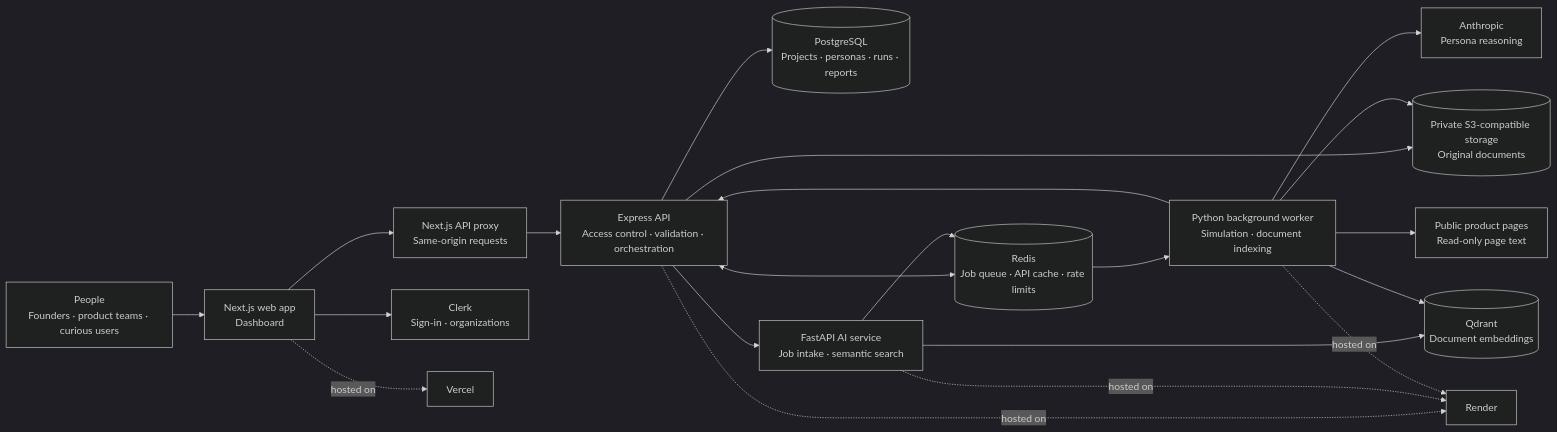
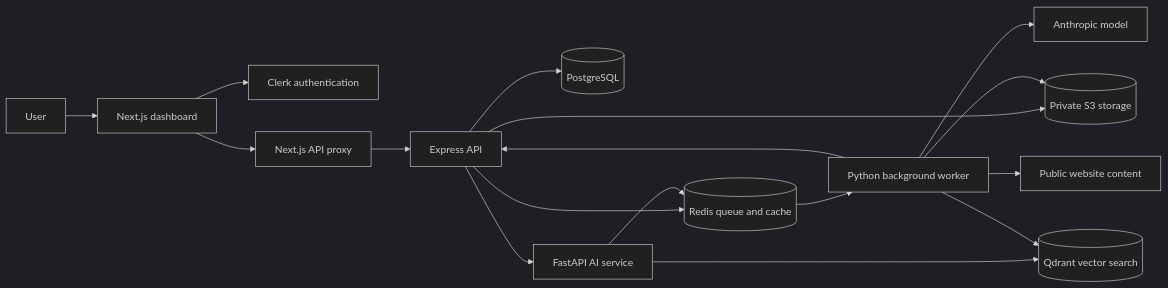
The first of 3 diagrams in README.md (harshmriduhash/shadow-test), drawn with Mermaid (dark theme) before and after one commit. The commit also changed other lines of this file, not shown here.

First line of the commit message:
Fix README architecture headings and LLD diagrams

````diff
--- a/README.md
+++ b/README.md
@@ -110,39 +111,19 @@
 ```mermaid
 flowchart LR
-    Person["People<br/>Founders · product teams · curious users"]
-    Web["Next.js web app<br/>Dashboard"]
-    Proxy["Next.js API proxy<br/>Same-origin requests"]
-    Auth["Clerk<br/>Sign-in · organizations"]
-    API["Express API<br/>Access control · validation · orchestration"]
-    DB[("PostgreSQL<br/>Projects · personas · runs · reports")]
-    Redis[("Redis<br/>Job queue · API cache · rate limits")]
-    AIService["FastAPI AI service<br/>Job intake · semantic search"]
-    Worker["Python background worker<br/>Simulation · document indexing"]
-    AI["Anthropic<br/>Persona reasoning"]
-    Site["Public product pages<br/>Read-only page text"]
-    S3[("Private S3-compatible storage<br/>Original documents")]
-    Vector[("Qdrant<br/>Document embeddings")]
-    Vercel["Vercel"]
-    Render["Render"]
-
-    Person --> Web
-    Web --> Auth
-    Web --> Proxy
-    Proxy --> API
-    API --> DB
-    API <--> Redis
-    API --> S3
-    API --> AIService
+    User["User"] --> Web["Next.js dashboard"]
+    Web --> Clerk["Clerk authentication"]
+    Web --> Proxy["Next.js API proxy"]
+    Proxy --> API["Express API"]
+    API --> Postgres[("PostgreSQL")]
+    API --> Redis[("Redis queue and cache")]
+    API --> Storage[("Private S3 storage")]
+    API --> AIService["FastAPI AI service"]
     AIService --> Redis
-    AIService --> Vector
-    Redis --> Worker
-    Worker --> AI
-    Worker --> Site
-    Worker --> S3
-    Worker --> Vector
+    AIService --> Qdrant[("Qdrant vector search")]
+    Redis --> Worker["Python background worker"]
+    Worker --> Anthropic["Anthropic model"]
+    Worker --> Website["Public website content"]
+    Worker --> Storage
+    Worker --> Qdrant
     Worker --> API
-    Web -. hosted on .-> Vercel
-    API -. hosted on .-> Render
-    AIService -. hosted on .-> Render
-    Worker -. hosted on .-> Render
 ```
````
